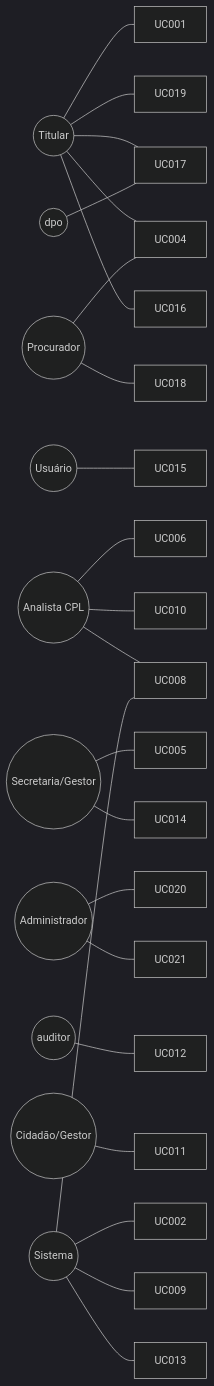
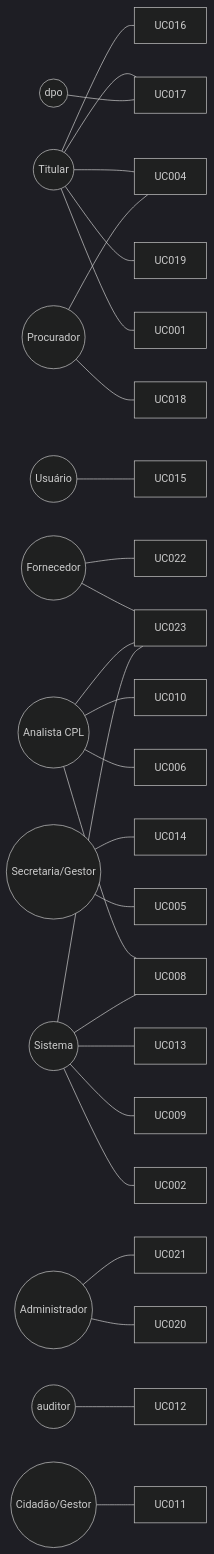
Before and after one commit to hydrosdesenvolvimento/compraMais: the diagram in spec/docs/casos-de-uso.md, drawn with Mermaid (dark theme). The commit also changed other lines of this file and 8 other files, not shown here.

````diff
--- a/spec/docs/casos-de-uso.md
+++ b/spec/docs/casos-de-uso.md
@@ -373,13 +410,14 @@
 ```mermaid
 graph LR
   Titular((Titular)) --- UC001 & UC019 & UC017 & UC004 & UC016
   Procurador((Procurador)) --- UC018 & UC004
   Usuario((Usuário)) --- UC015
-  CPL((Analista CPL)) --- UC006 & UC010 & UC008
+  Fornecedor((Fornecedor)) --- UC022 & UC023
+  CPL((Analista CPL)) --- UC006 & UC010 & UC008 & UC023
   Gestor((Secretaria/Gestor)) --- UC005 & UC014
   Admin((Administrador)) --- UC020 & UC021
   Auditor((auditor)) --- UC012
   DPO((dpo)) --- UC017
   Cidadao((Cidadão/Gestor)) --- UC011
-  Sistema((Sistema)) --- UC002 & UC008 & UC009 & UC013
+  Sistema((Sistema)) --- UC002 & UC008 & UC009 & UC013 & UC023
 ```
````
